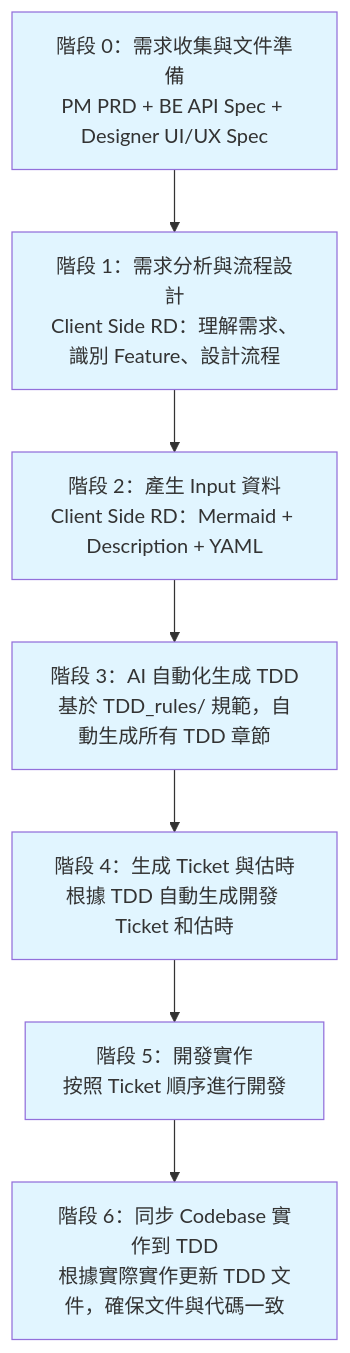
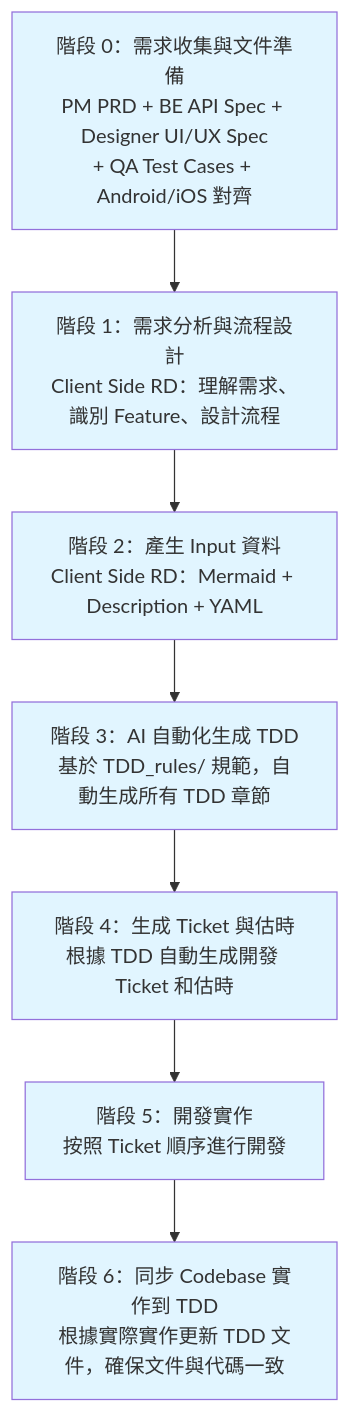
The first of 2 diagrams in output/LiveChat&PrematchComment/01_TDD_生成工作流程.md (HsinChungHan/LiveChatAndCommentOngoingFeature), drawn with Mermaid before and after one commit. The commit also changed other lines of this file, not shown here.

Commit message:
Add QA role and Android/iOS alignment to Stage 0: requirement collection and document preparation

````diff
--- a/output/LiveChat&PrematchComment/01_TDD_生成工作流程.md
+++ b/output/LiveChat&PrematchComment/01_TDD_生成工作流程.md
@@ -23,17 +23,17 @@
 ```mermaid
 flowchart TD
-    A[階段 0：需求收集與文件準備<br/>PM PRD + BE API Spec + Designer UI/UX Spec] --> B[階段 1：需求分析與流程設計<br/>Client Side RD：理解需求、識別 Feature、設計流程]
+    A[階段 0：需求收集與文件準備<br/>PM PRD + BE API Spec + Designer UI/UX Spec<br/>+ QA Test Cases + Android/iOS 對齊] --> B[階段 1：需求分析與流程設計<br/>Client Side RD：理解需求、識別 Feature、設計流程]
     B --> C[階段 2：產生 Input 資料<br/>Client Side RD：Mermaid + Description + YAML]
     C --> D[階段 3：AI 自動化生成 TDD<br/>基於 TDD_rules/ 規範，自動生成所有 TDD 章節]
     D --> E[階段 4：生成 Ticket 與估時<br/>根據 TDD 自動生成開發 Ticket 和估時]
     E --> F[階段 5：開發實作<br/>按照 Ticket 順序進行開發]
     F --> G[階段 6：同步 Codebase 實作到 TDD<br/>根據實際實作更新 TDD 文件，確保文件與代碼一致]
     
     style A fill:#e1f5ff
     style B fill:#e1f5ff
     style C fill:#e1f5ff
     style D fill:#e1f5ff
     style E fill:#e1f5ff
     style F fill:#e1f5ff
     style G fill:#e1f5ff
 ```
````
